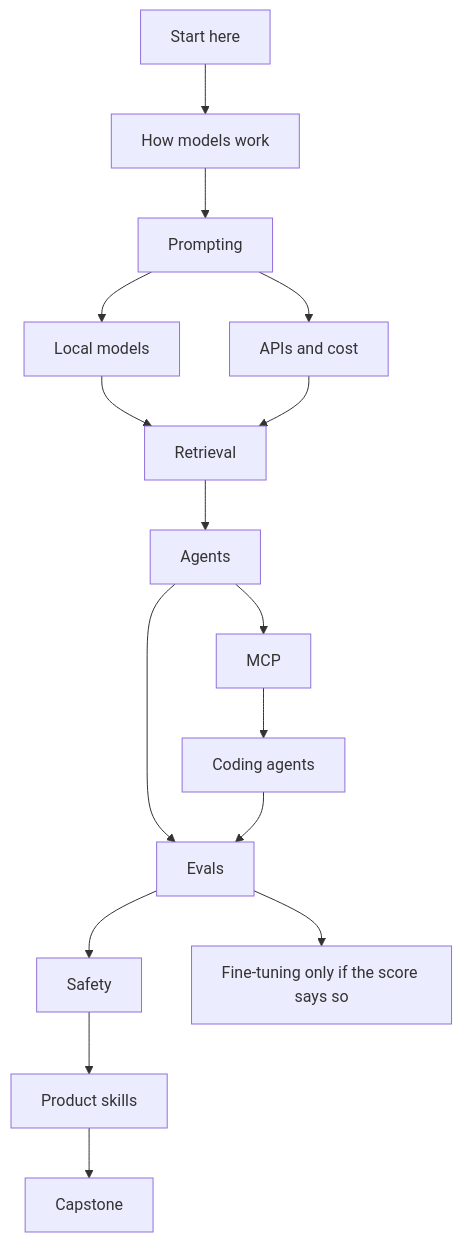
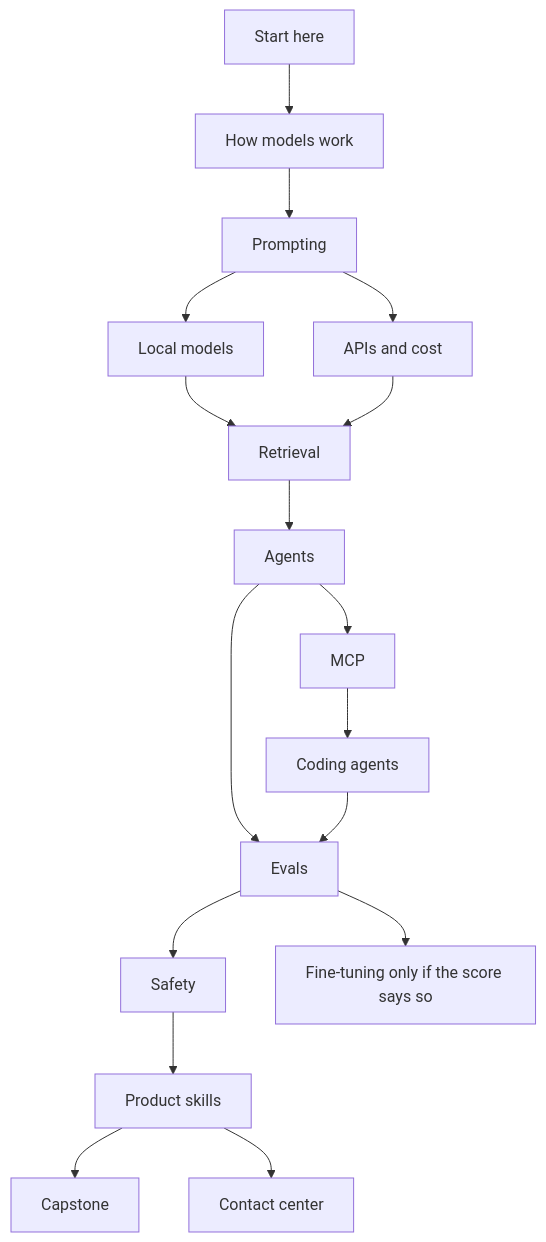
The diagram in README.md (CypherMonkeyLabs/ai-lab-free-university-mesmerizing), drawn with Mermaid before and after one commit. The commit also changed other lines of this file and 34 other files, not shown here.

````diff
--- a/README.md
+++ b/README.md
@@ -113,18 +114,19 @@
 ```mermaid
 flowchart TD
   startHere[Start here] --> models[How models work]
   models --> prompting[Prompting]
   prompting --> localModels[Local models]
   prompting --> apis[APIs and cost]
   localModels --> retrieval[Retrieval]
   apis --> retrieval
   retrieval --> agents[Agents]
   agents --> mcp[MCP]
   agents --> evals[Evals]
   mcp --> coding[Coding agents]
   coding --> evals
   evals --> safety[Safety]
   evals --> finetune[Fine-tuning only if the score says so]
   safety --> product[Product skills]
   product --> capstone[Capstone]
+  product --> contactCenter[Contact center]
 ```
````
